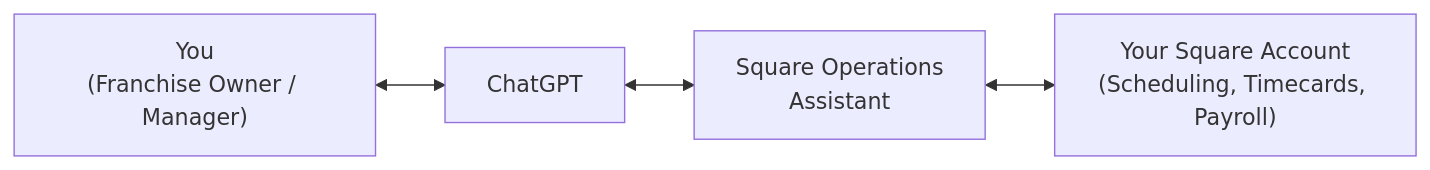
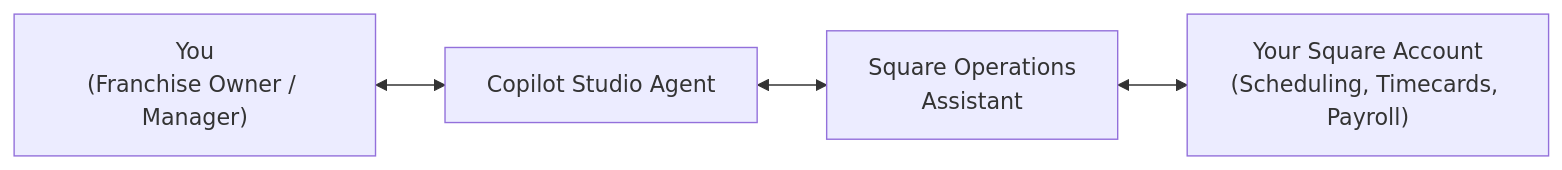
The diagram in ReadMe.md (enewbold-devops/Square-MCP---OAuth-Entra-ID), drawn with Mermaid before and after one commit. The commit also changed other lines of this file and 3 other files, not shown here.

````diff
--- a/ReadMe.md
+++ b/ReadMe.md
@@ -24,6 +24,6 @@
 ```mermaid
 flowchart LR
-    Owner["You\n(Franchise Owner / Manager)"] <--> ChatGPT["ChatGPT"]
-    ChatGPT <--> Assistant["Square Operations\nAssistant"]
+    Owner["You\n(Franchise Owner / Manager)"] <--> Copilot["Copilot Studio Agent"]
+    Copilot <--> Assistant["Square Operations\nAssistant"]
     Assistant <--> Square["Your Square Account\n(Scheduling, Timecards, Payroll)"]
 ```
````
